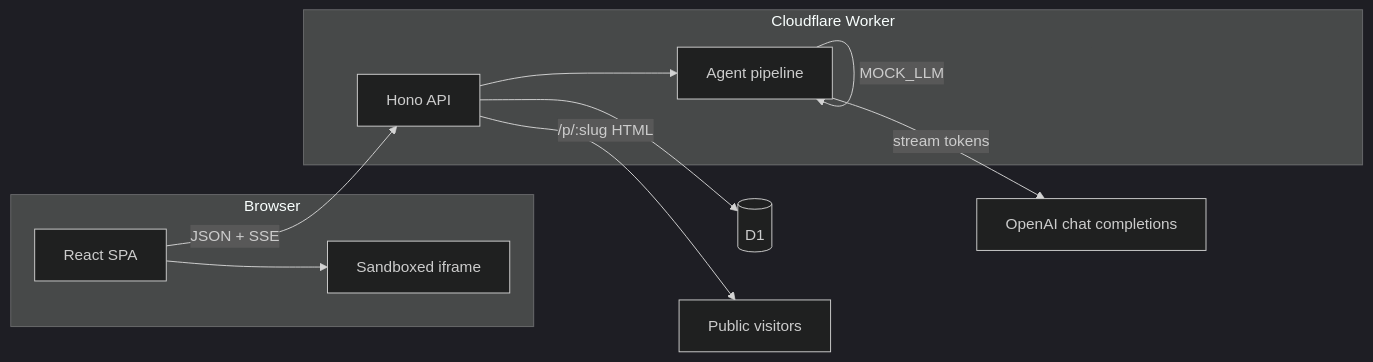
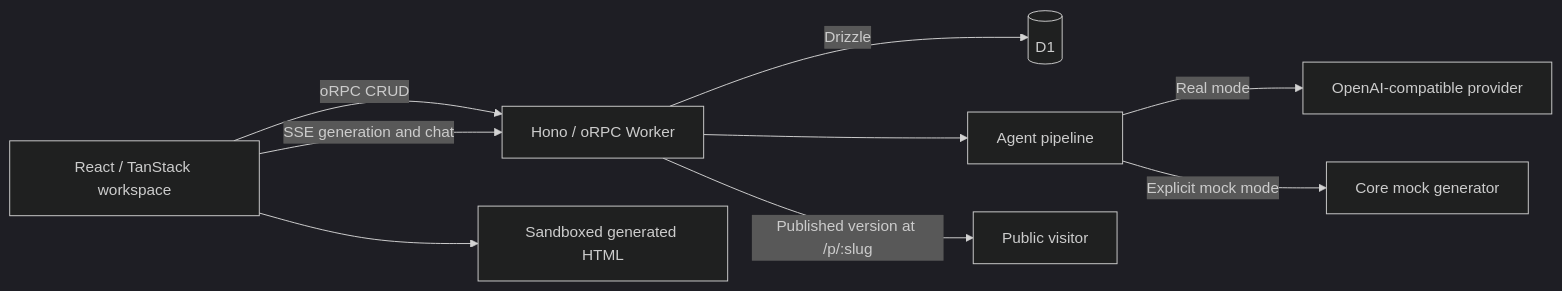
The diagram in README.md (Muluk-m/formlane), drawn with Mermaid (dark theme) before and after one commit. The commit also changed other lines of this file and 228 other files, not shown here.

````diff
--- a/README.md
+++ b/README.md
@@ -13,21 +36,11 @@
 ```mermaid
 flowchart LR
-  subgraph browser [Browser]
-    SPA["React SPA"]
-    Frame["Sandboxed iframe"]
-  end
-  subgraph worker [Cloudflare Worker]
-    Hono["Hono API"]
-    Team["Agent pipeline"]
-  end
-  D1[(D1)]
-  OpenAI["OpenAI chat completions"]
-
-  SPA -->|"JSON + SSE"| Hono
-  Hono --> D1
-  Hono --> Team
-  Team -->|"stream tokens"| OpenAI
-  Team -->|"MOCK_LLM"| Team
-  SPA --> Frame
-  Hono -->|"/p/:slug HTML"| Public["Public visitors"]
+  Web[React / TanStack workspace] -->|oRPC CRUD| API[Hono / oRPC Worker]
+  Web -->|SSE generation and chat| API
+  API -->|Drizzle| D1[(D1)]
+  API --> Pipeline[Agent pipeline]
+  Pipeline -->|Real mode| Provider[OpenAI-compatible provider]
+  Pipeline -->|Explicit mock mode| Mock[Core mock generator]
+  Web --> Preview[Sandboxed generated HTML]
+  API -->|Published version at /p/:slug| Public[Public visitor]
 ```
````
